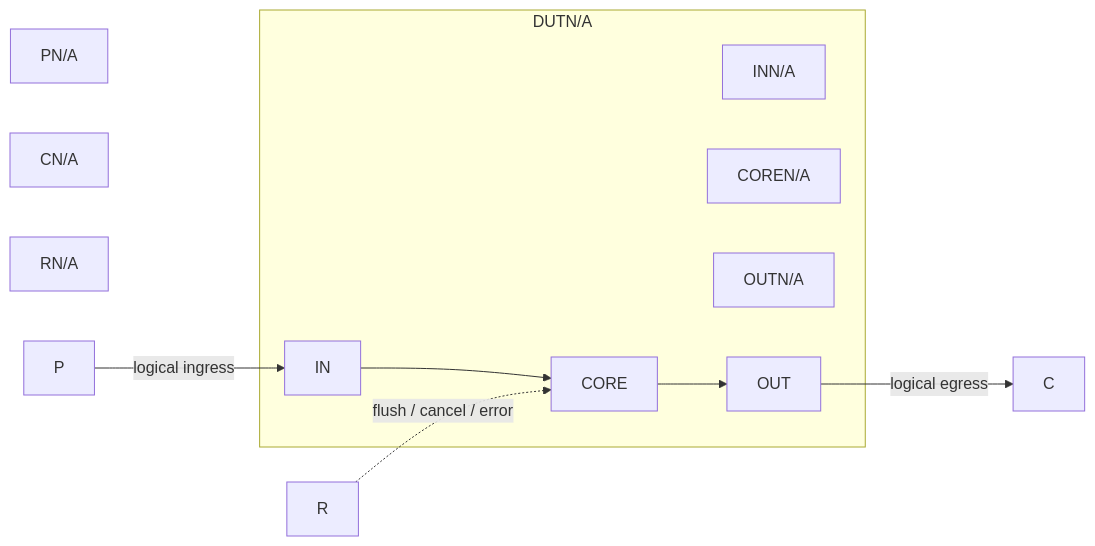
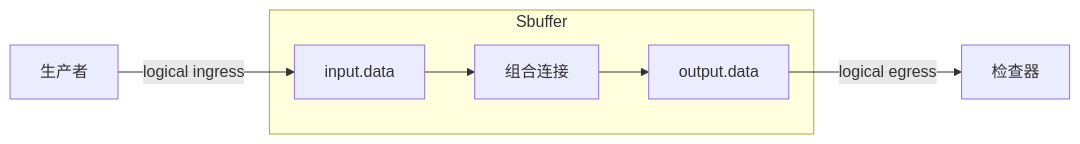
The diagram in plugins/RTL2Spec/tests/fixtures/design_document.md (XS-MLVP/UCAgent), drawn with Mermaid before and after one commit. The commit also changed other lines of this file and 39 other files, not shown here.

````diff
--- a/plugins/RTL2Spec/tests/fixtures/design_document.md
+++ b/plugins/RTL2Spec/tests/fixtures/design_document.md
@@ -79,15 +77,13 @@
 ```mermaid
 flowchart LR
-    PN/A
-    CN/A
-    RN/A
-    subgraph DUTN/A
-        INN/A
-        COREN/A
-        OUTN/A
+    P[生产者]
+    C[检查器]
+    subgraph DUT[Sbuffer]
+        IN[input.data]
+        CORE[组合连接]
+        OUT[output.data]
         IN --> CORE --> OUT
     end
     P -->|logical ingress| IN
     OUT -->|logical egress| C
-    R -.->|flush / cancel / error| CORE
 ```
````
